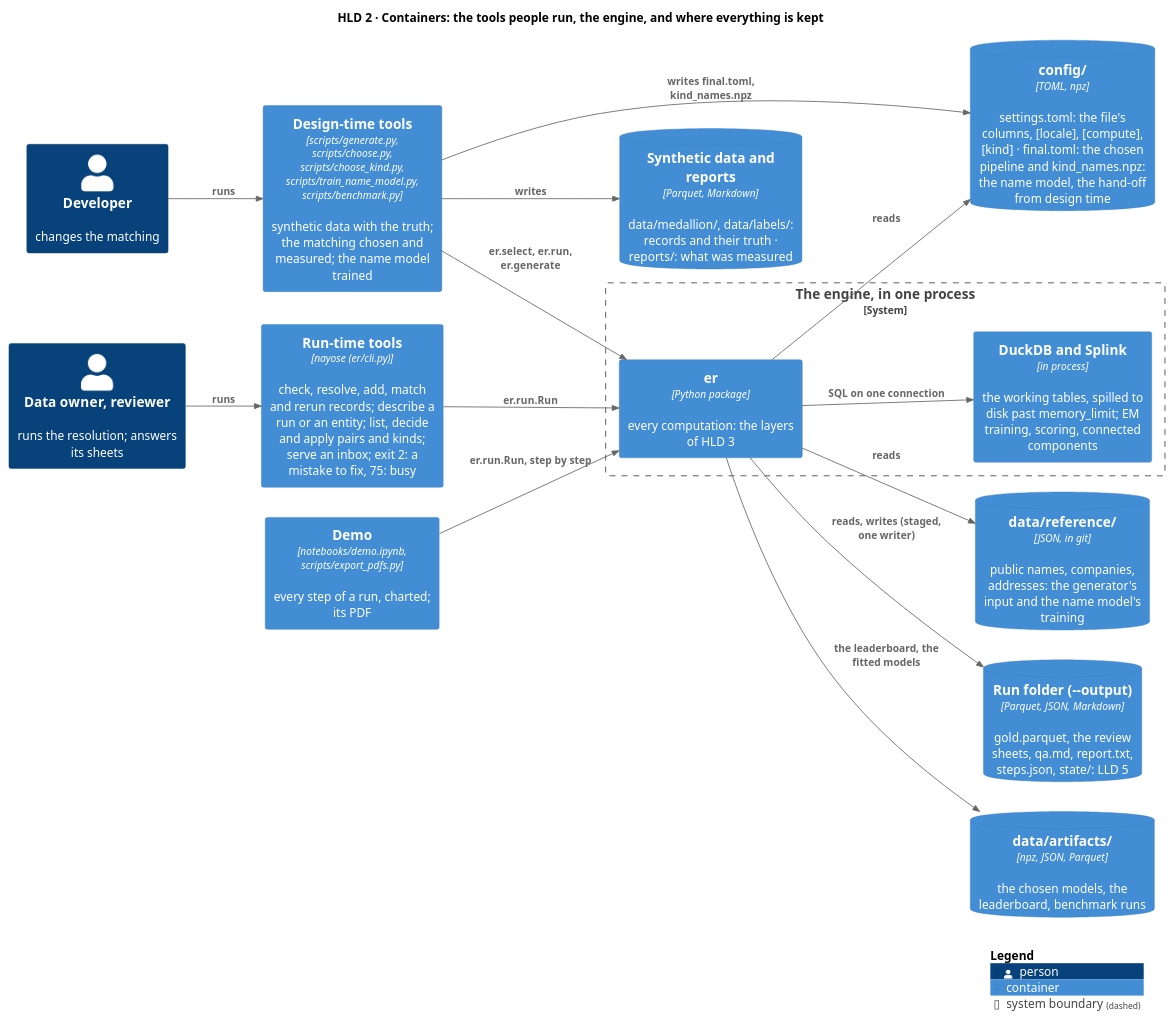
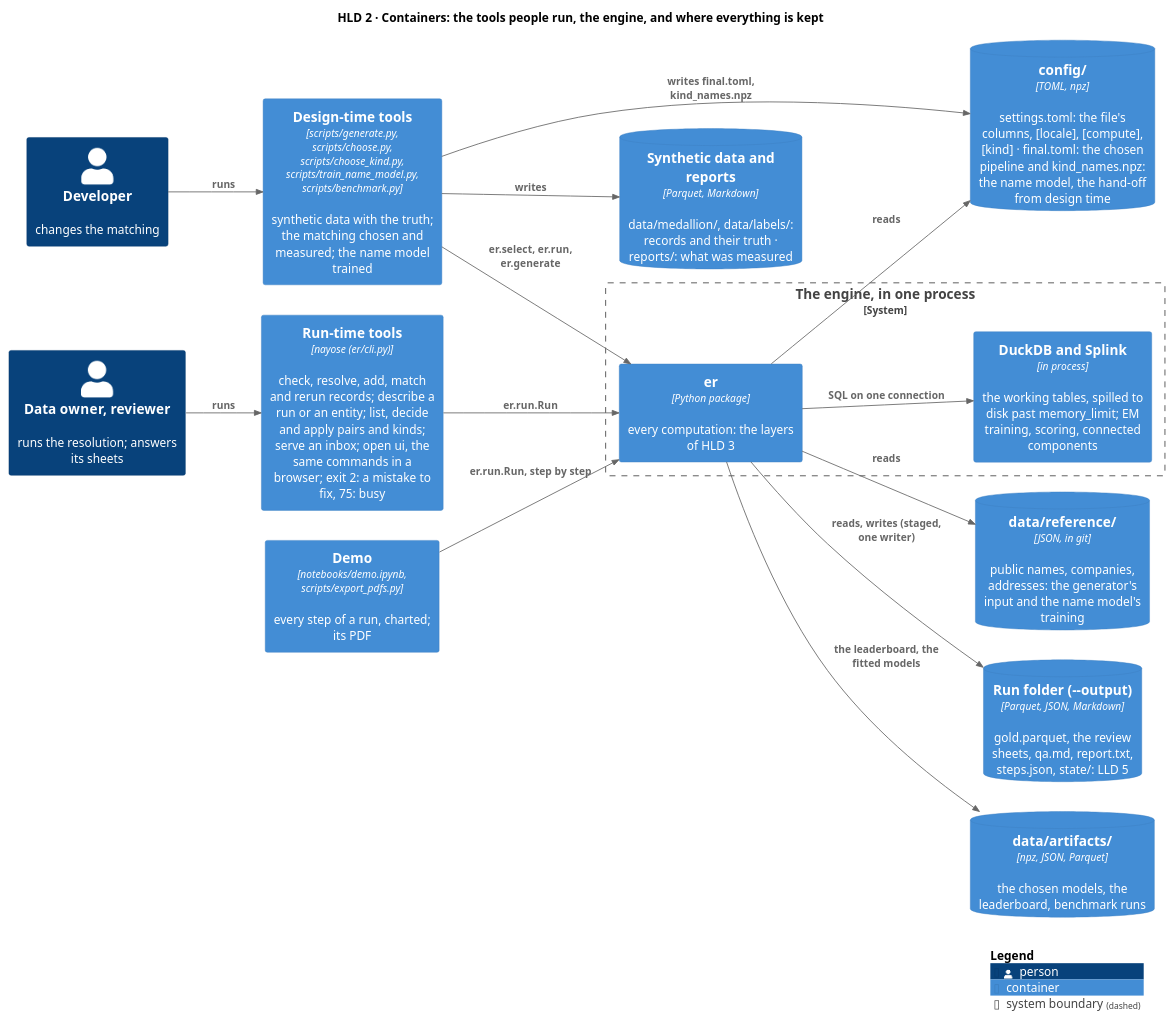
One commit to mvsbm/entity_matching changed the diagram in docs/diagrams/containers.puml. Above: the diagram before and after it, drawn with PlantUML. The commit also changed 13 other files, not shown here.

First line of the commit message:
nayose open ui: the commands in a browser, built on their declarations

```diff
--- a/docs/diagrams/containers.puml
+++ b/docs/diagrams/containers.puml
@@ -1,39 +1,39 @@
 @startuml containers
 !include <C4/C4_Container>
 LAYOUT_LEFT_RIGHT()
 HIDE_STEREOTYPE()
 title HLD 2 · Containers: the tools people run, the engine, and where everything is kept
 
 Person(owner, "Data owner, reviewer", "runs the resolution; answers its sheets")
 Person(developer, "Developer", "changes the matching")
 
-Container(runtime, "Run-time tools", "nayose (er/cli.py)", "check, resolve, add, match and rerun records; describe a run or an entity; list, decide and apply pairs and kinds; serve an inbox; exit 2: a mistake to fix, 75: busy")
+Container(runtime, "Run-time tools", "nayose (er/cli.py)", "check, resolve, add, match and rerun records; describe a run or an entity; list, decide and apply pairs and kinds; serve an inbox; open ui, the same commands in a browser; exit 2: a mistake to fix, 75: busy")
 Container(designtime, "Design-time tools", "scripts/generate.py, scripts/choose.py, scripts/choose_kind.py, scripts/train_name_model.py, scripts/benchmark.py", "synthetic data with the truth; the matching chosen and measured; the name model trained")
 Container(demo, "Demo", "notebooks/demo.ipynb, scripts/export_pdfs.py", "every step of a run, charted; its PDF")
 
 System_Boundary(engine, "The engine, in one process") {
   Container(er, "er", "Python package", "every computation: the layers of HLD 3")
   Container(duckdb, "DuckDB and Splink", "in process", "the working tables, spilled to disk past memory_limit; EM training, scoring, connected components")
 }
 
 ContainerDb(config, "config/", "TOML, npz", "settings.toml: the file's columns, [locale], [compute], [kind] · final.toml: the chosen pipeline and kind_names.npz: the name model, the hand-off from design time")
 ContainerDb(reference, "data/reference/", "JSON, in git", "public names, companies, addresses: the generator's input and the name model's training")
 ContainerDb(runfolder, "Run folder (~--output)", "Parquet, JSON, Markdown", "gold.parquet, the review sheets, qa.md, report.txt, steps.json, state/: LLD 5")
 ContainerDb(artifacts, "data/artifacts/", "npz, JSON, Parquet", "the chosen models, the leaderboard, benchmark runs")
 ContainerDb(synthetic, "Synthetic data and reports", "Parquet, Markdown", "data/medallion/, data/labels/: records and their truth · reports/: what was measured")
 
 Rel(owner, runtime, "runs")
 Rel(developer, designtime, "runs")
 Rel(runtime, er, "er.run.Run")
 Rel(designtime, er, "er.select, er.run, er.generate")
 Rel(demo, er, "er.run.Run, step by step")
 Rel(er, duckdb, "SQL on one connection")
 Rel(er, config, "reads")
 Rel(er, reference, "reads")
 Rel(er, runfolder, "reads, writes (staged, one writer)")
 Rel(er, artifacts, "the leaderboard, the fitted models")
 Rel(designtime, synthetic, "writes")
 Rel(designtime, config, "writes final.toml, kind_names.npz")
 
 SHOW_LEGEND()
 @enduml
```
